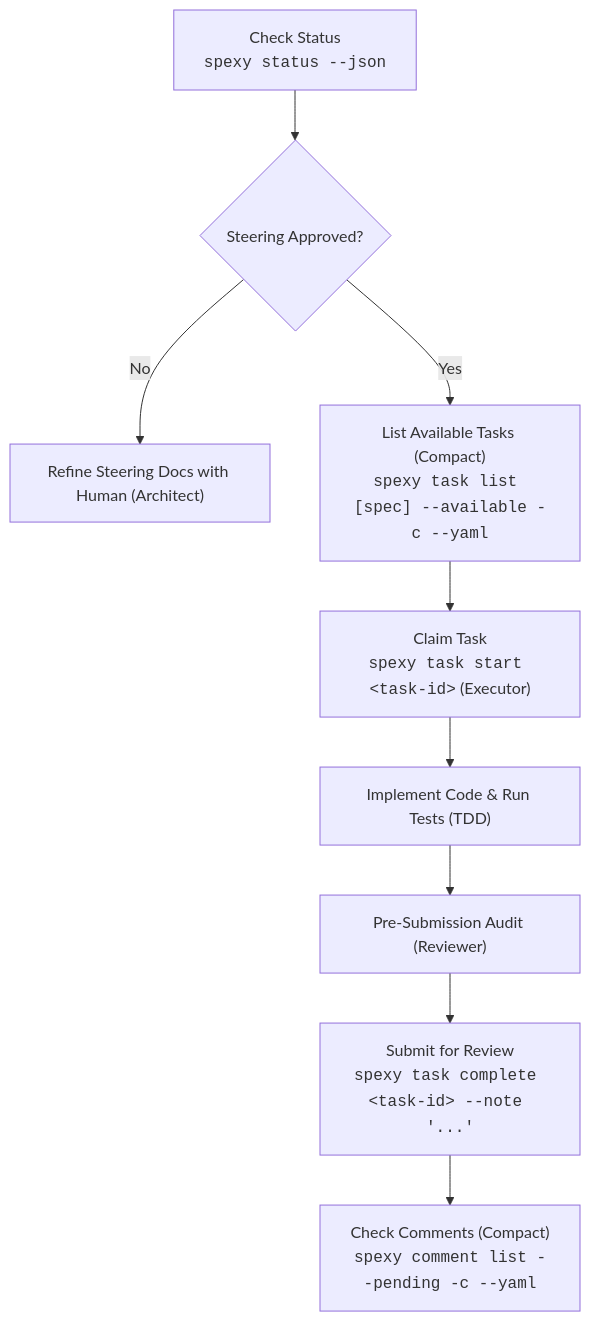
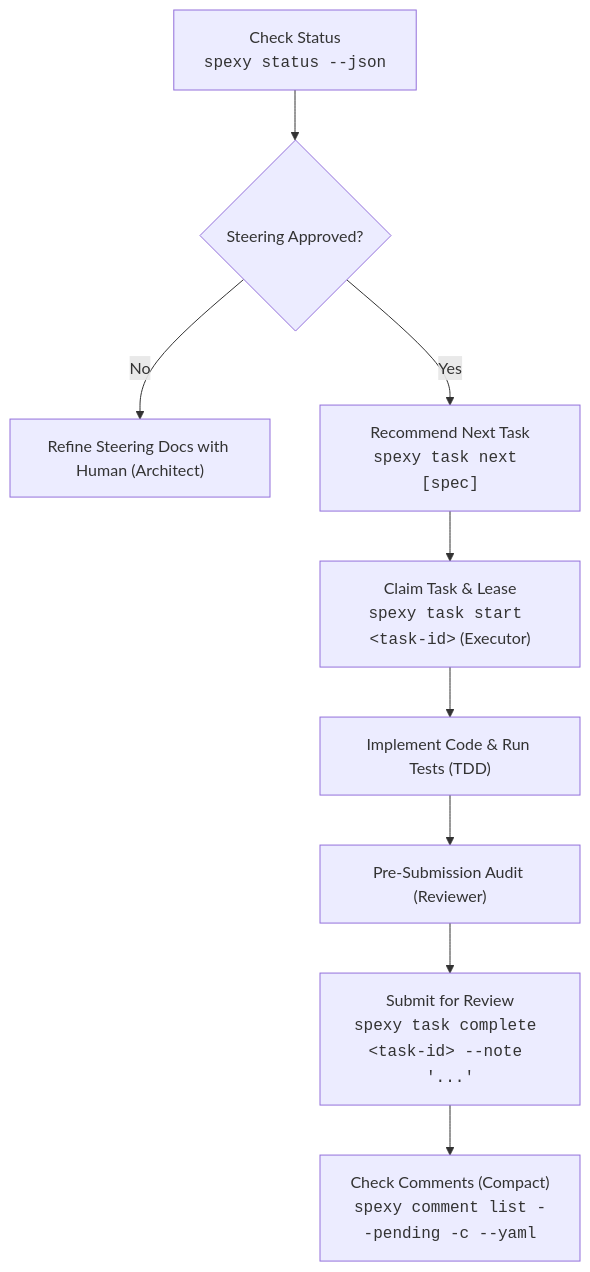
Before and after one commit to asaurabhprsas/spexy: the diagram in skills/spexy/SKILL.md, drawn with Mermaid. The commit also changed other lines of this file and 27 other files, not shown here.

````diff
--- a/skills/spexy/SKILL.md
+++ b/skills/spexy/SKILL.md
@@ -73,11 +75,11 @@
 ```mermaid
 flowchart TD
     S["Check Status<br/><code>spexy status --json</code>"] --> G{"Steering Approved?"}
     G -- No --> D["Refine Steering Docs with Human (Architect)"]
-    G -- Yes --> L["List Available Tasks (Compact)<br/><code>spexy task list [spec] --available -c --yaml</code>"]
-    L --> C["Claim Task<br/><code>spexy task start &lt;task-id&gt;</code> (Executor)"]
+    G -- Yes --> N["Recommend Next Task<br/><code>spexy task next [spec]</code>"]
+    N --> C["Claim Task & Lease<br/><code>spexy task start &lt;task-id&gt;</code> (Executor)"]
     C --> I["Implement Code & Run Tests (TDD)"]
     I --> Aud["Pre-Submission Audit (Reviewer)"]
     Aud --> Sub["Submit for Review<br/><code>spexy task complete &lt;task-id&gt; --note '...'</code>"]
     Sub --> Chk["Check Comments (Compact)<br/><code>spexy comment list --pending -c --yaml</code>"]
 ```
````
